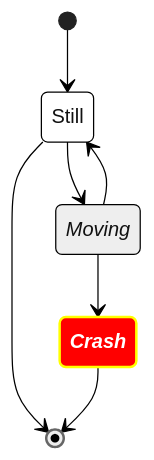
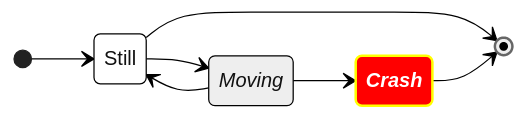
The third of 3 diagrams in README.md (SantoshKShettyApps/git-flow-2-forked), drawn with Mermaid (neutral theme) before and after one commit.

````diff
--- a/README.md
+++ b/README.md
@@ -25,23 +25,23 @@
 ```mermaid
 stateDiagram
-   direction TB
+   direction LR
 
    accTitle: This is the accessible title
    accDescr: This is an accessible description
 
    classDef notMoving fill:white
    classDef movement font-style:italic
    classDef badBadEvent fill:#f00,color:white,font-weight:bold,stroke-width:2px,stroke:yellow
 
    [*]--> Still
    Still --> [*]
    Still --> Moving
    Moving --> Still
    Moving --> Crash
    Crash --> [*]
 
    class Still notMoving
    class Moving, Crash movement
    class Crash badBadEvent
    class end badBadEvent
 ```
````
